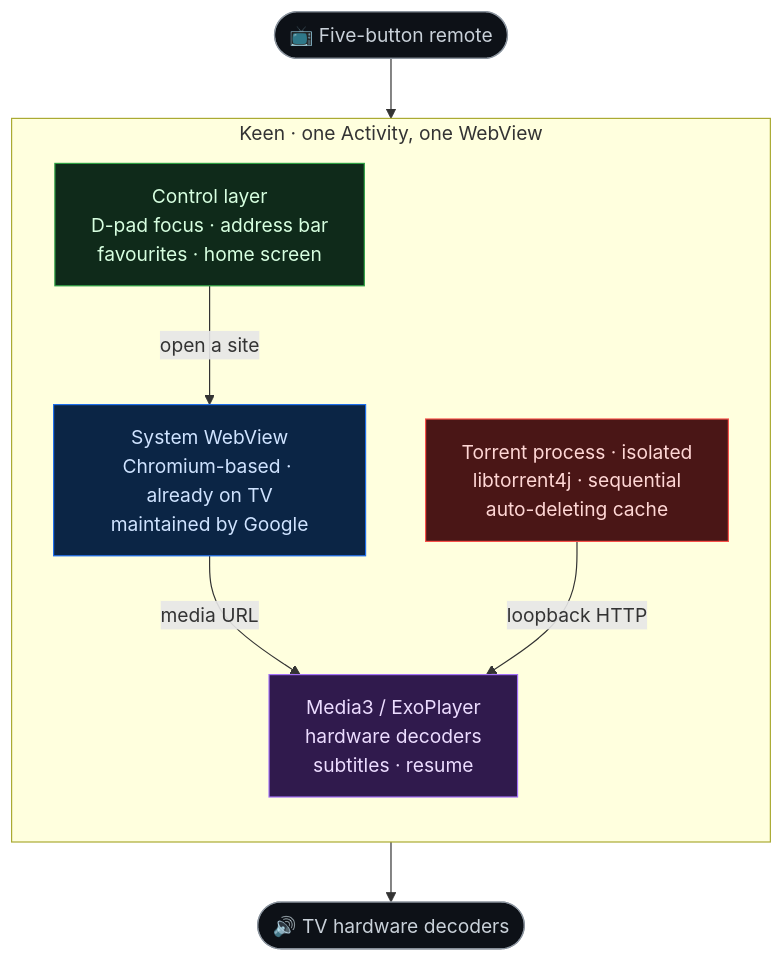
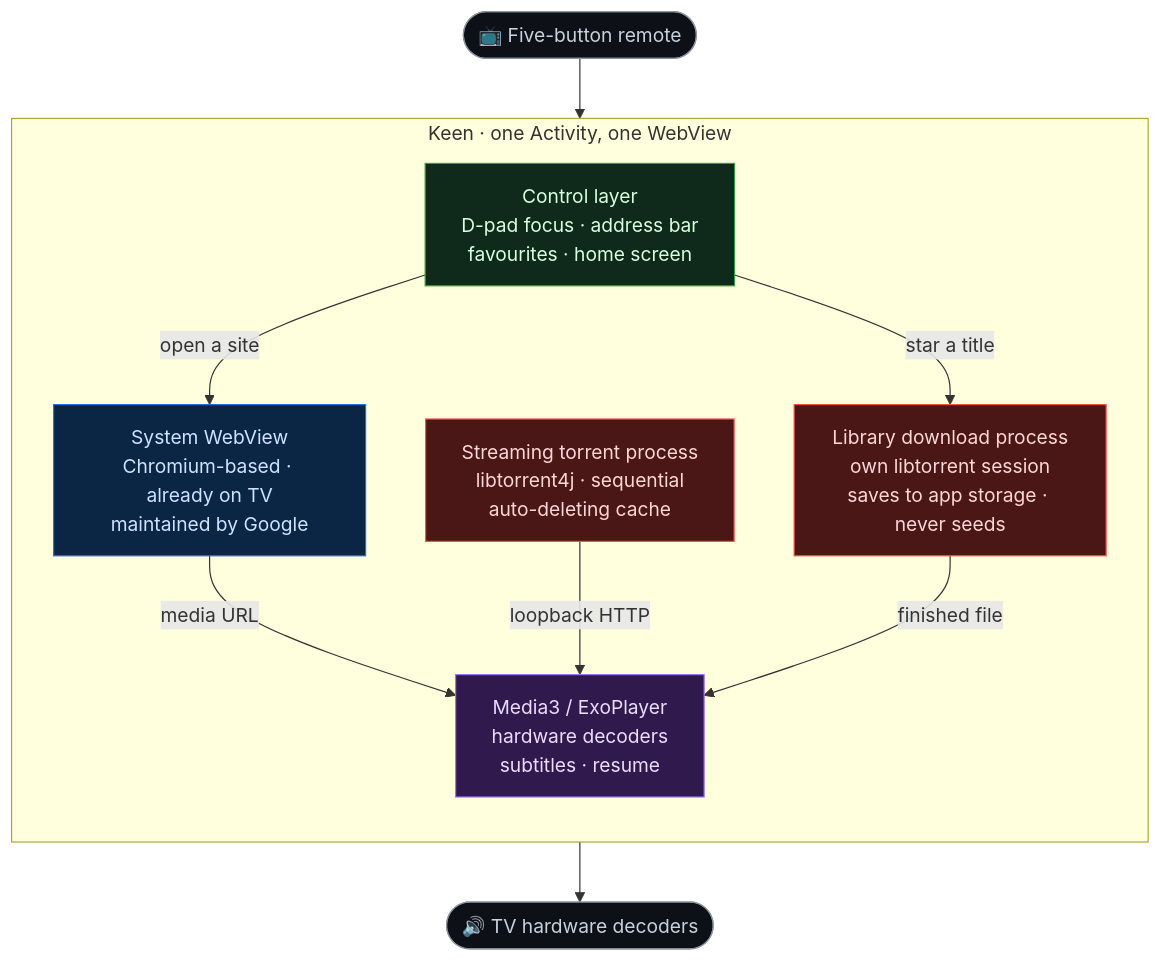
Before and after one commit to SirPrizeNZ/keen: the diagram in README.md, drawn with Mermaid. The commit also changed other lines of this file and 13 other files, not shown here.

````diff
--- a/README.md
+++ b/README.md
@@ -167,30 +206,33 @@
 ```mermaid
 flowchart TD
     R(["📺 Five-button remote"]) --> UI
 
     subgraph KEEN["Keen · one Activity, one WebView"]
         direction TB
         UI["Control layer<br/>D-pad focus · address bar<br/>favourites · home screen"]
         WV["System WebView<br/>Chromium-based · already on TV<br/>maintained by Google"]
-        TOR["Torrent process · isolated<br/>libtorrent4j · sequential<br/>auto-deleting cache"]
+        TOR["Streaming torrent process<br/>libtorrent4j · sequential<br/>auto-deleting cache"]
+        LIB["Library download process<br/>own libtorrent session<br/>saves to app storage · never seeds"]
         EXO["Media3 / ExoPlayer<br/>hardware decoders<br/>subtitles · resume"]
 
         UI -->|open a site| WV
         WV -->|media URL| EXO
         TOR -->|loopback HTTP| EXO
+        UI -->|star a title| LIB
+        LIB -->|finished file| EXO
     end
 
     EXO --> OUT(["🔊 TV hardware decoders"])
 
     classDef edge fill:#0d1117,stroke:#8b949e,color:#c9d1d9;
     classDef control fill:#0f2a1a,stroke:#2ea043,color:#d7ffe0;
     classDef engine fill:#0b2545,stroke:#1f6feb,color:#cfe3ff;
     classDef torrent fill:#4a1616,stroke:#f85149,color:#ffd7d5;
     classDef player fill:#301a4d,stroke:#a371f7,color:#ecdcff;
 
     class R,OUT edge;
     class UI control;
     class WV engine;
-    class TOR torrent;
+    class TOR,LIB torrent;
     class EXO player;
 ```
````
